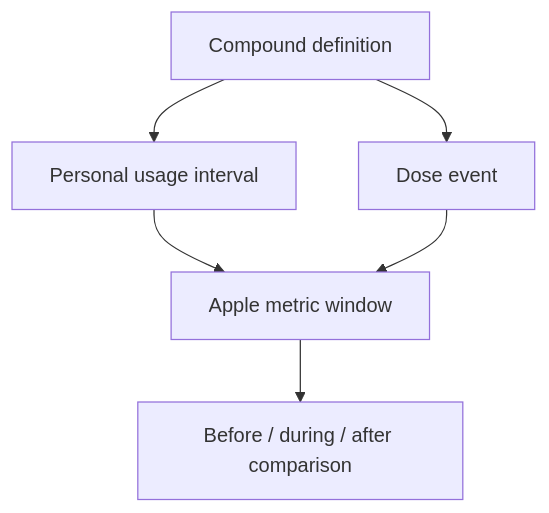
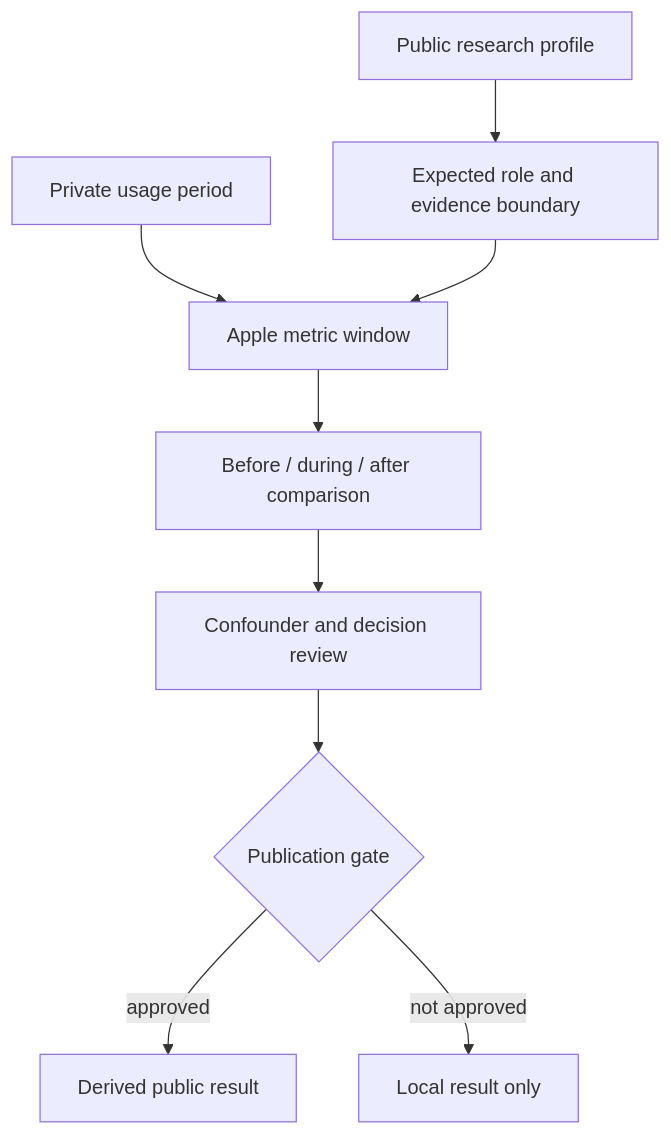
Before and after one commit to ThugLifed0233/protocol-lens: the second of 3 diagrams in docs/architecture.md, drawn with Mermaid. The commit also changed other lines of this file and 2 other files, not shown here.

Commit message:
Document reviewed publication architecture

````diff
--- a/docs/architecture.md
+++ b/docs/architecture.md
@@ -203,8 +203,11 @@
 ```mermaid
 flowchart TD
-    A["Compound definition"] --> B["Personal usage interval"]
-    A --> C["Dose event"]
-    B --> D["Apple metric window"]
-    C --> D
+    A["Public research profile"] --> B["Expected role and evidence boundary"]
+    C["Private usage period"] --> D["Apple metric window"]
+    B --> D
     D --> E["Before / during / after comparison"]
+    E --> F["Confounder and decision review"]
+    F --> G{"Publication gate"}
+    G -->|"approved"| H["Derived public result"]
+    G -->|"not approved"| I["Local result only"]
 ```
````
